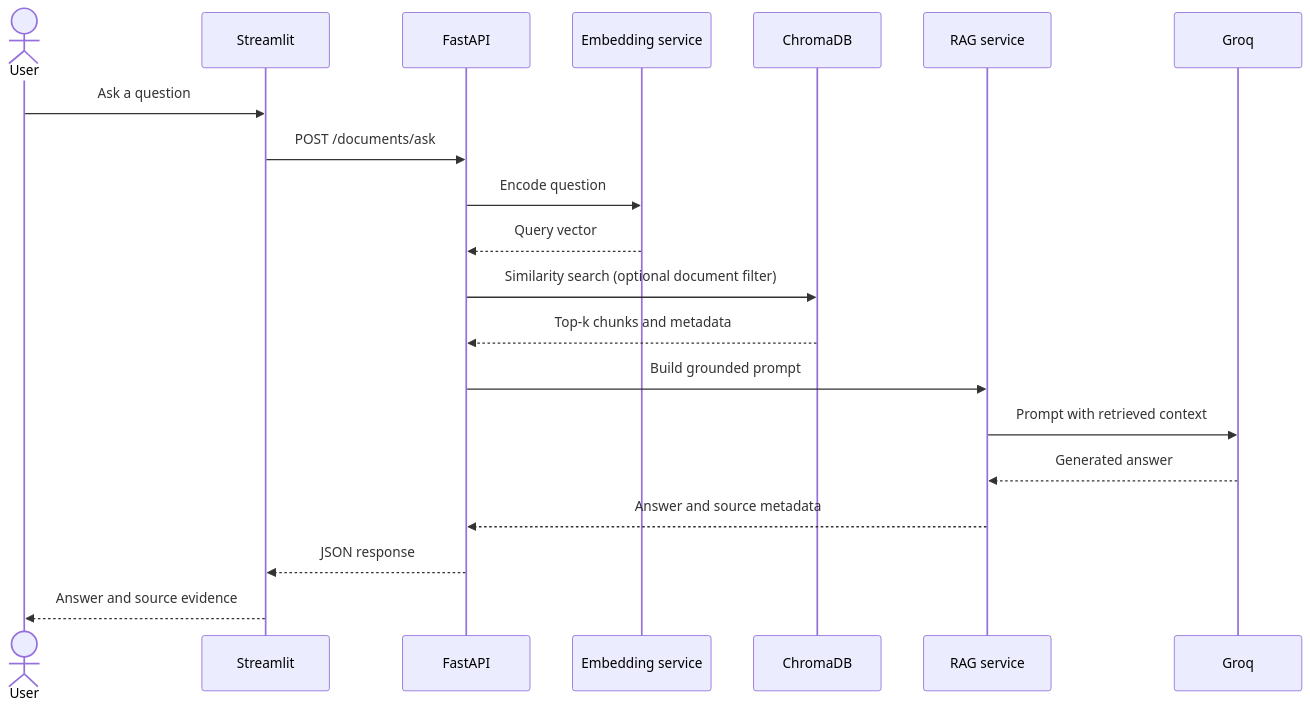
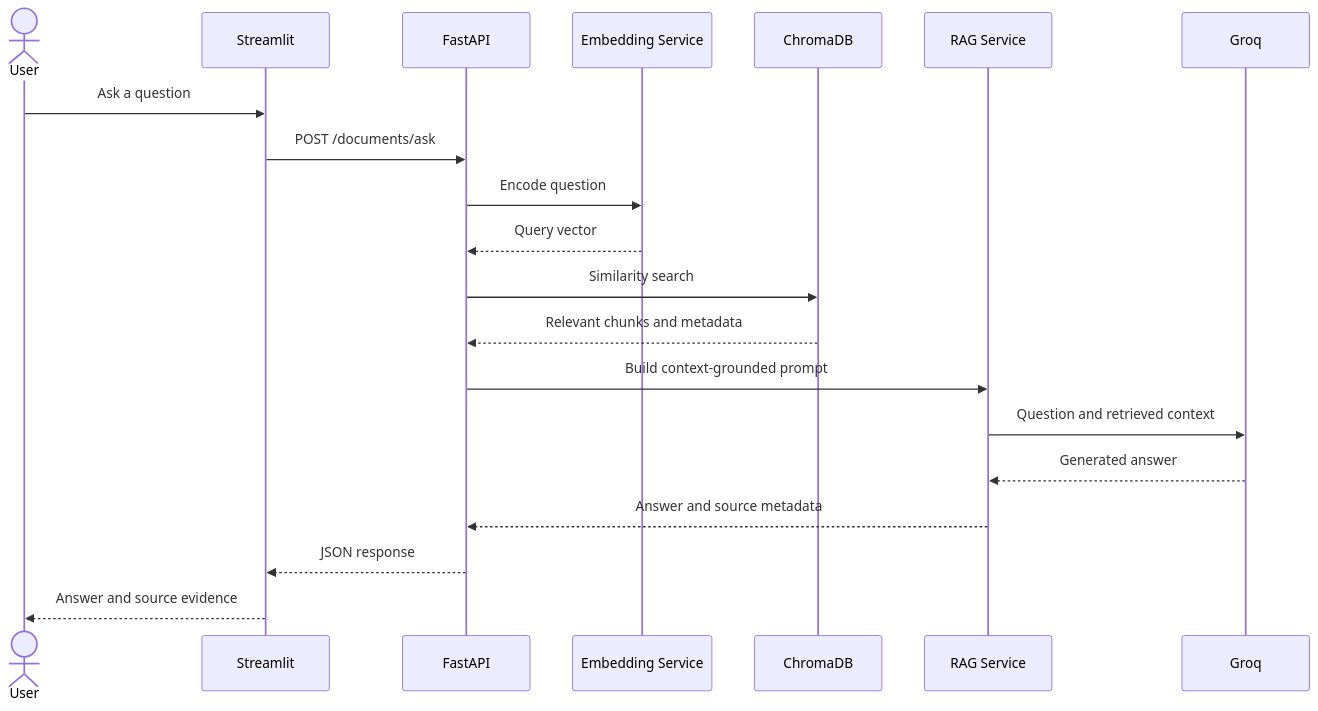
Before and after one commit to nujumniza/ai-document-assistant-documind: the fifth of 7 diagrams in docs/architecture.md, drawn with Mermaid. The commit also changed other lines of this file and 17 other files, not shown here.

````diff
--- a/docs/architecture.md
+++ b/docs/architecture.md
@@ -71,23 +259,23 @@
 ```mermaid
 sequenceDiagram
     actor User
     participant UI as Streamlit
     participant API as FastAPI
-    participant Embed as Embedding service
+    participant Embed as Embedding Service
     participant Store as ChromaDB
-    participant RAG as RAG service
+    participant RAG as RAG Service
     participant LLM as Groq
 
     User->>UI: Ask a question
     UI->>API: POST /documents/ask
     API->>Embed: Encode question
     Embed-->>API: Query vector
-    API->>Store: Similarity search (optional document filter)
-    Store-->>API: Top-k chunks and metadata
-    API->>RAG: Build grounded prompt
-    RAG->>LLM: Prompt with retrieved context
+    API->>Store: Similarity search
+    Store-->>API: Relevant chunks and metadata
+    API->>RAG: Build context-grounded prompt
+    RAG->>LLM: Question and retrieved context
     LLM-->>RAG: Generated answer
     RAG-->>API: Answer and source metadata
     API-->>UI: JSON response
     UI-->>User: Answer and source evidence
 ```
````
